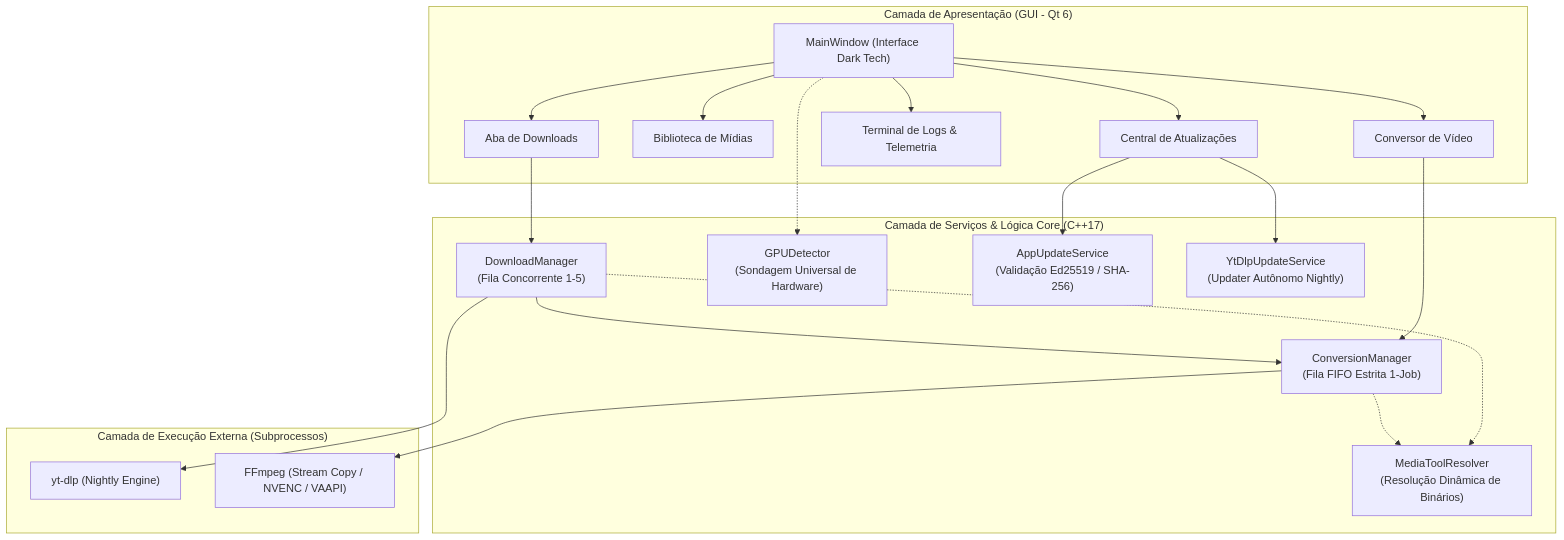
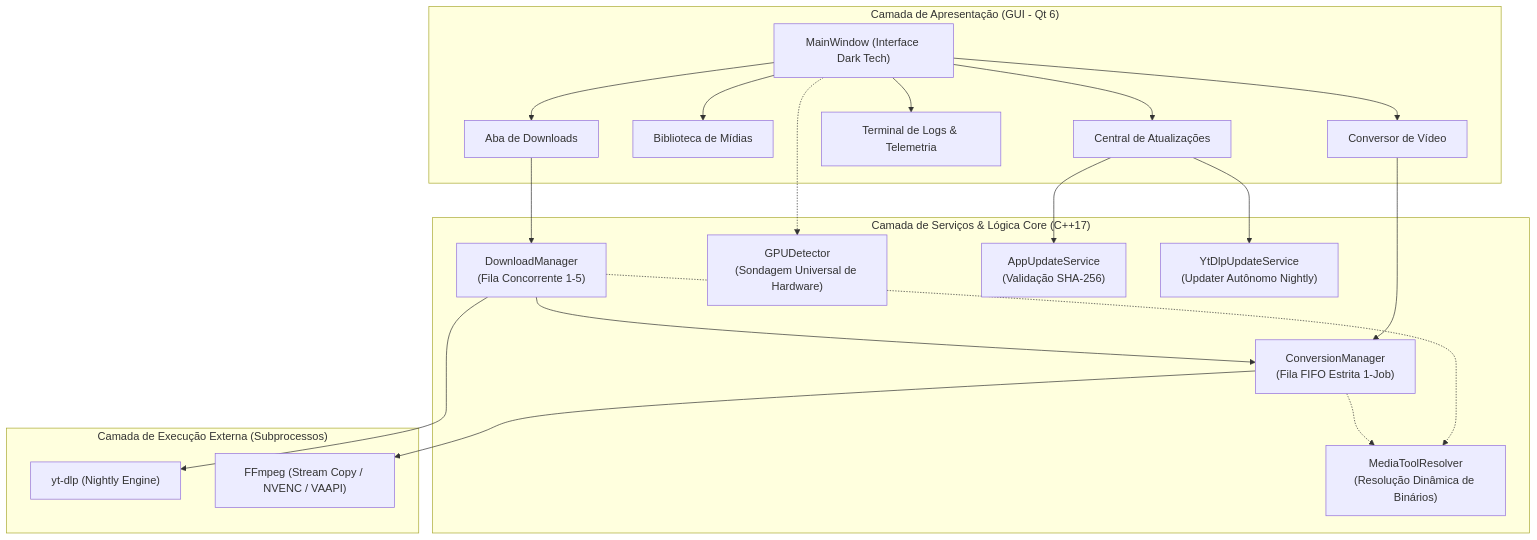
The first of 3 diagrams in docs/pt/ARQUITETURA.md (BadTonho/PrismDownloader), drawn with Mermaid before and after one commit. The commit also changed 26 other files, not shown here.

````diff
--- a/docs/pt/ARQUITETURA.md
+++ b/docs/pt/ARQUITETURA.md
@@ -15,36 +15,36 @@
 ```mermaid
 flowchart TD
     subgraph UI_Layer ["Camada de Apresentação (GUI - Qt 6)"]
         MW["MainWindow (Interface Dark Tech)"]
         DL_Tab["Aba de Downloads"]
         LIB_Tab["Biblioteca de Mídias"]
         CONV_Tab["Conversor de Vídeo"]
         LOG_Tab["Terminal de Logs & Telemetria"]
         UPD_Tab["Central de Atualizações"]
     end
 
     subgraph Core_Services ["Camada de Serviços & Lógica Core (C++17)"]
         DM["DownloadManager\n(Fila Concorrente 1-5)"]
         CM["ConversionManager\n(Fila FIFO Estrita 1-Job)"]
         GD["GPUDetector\n(Sondagem Universal de Hardware)"]
         MTR["MediaToolResolver\n(Resolução Dinâmica de Binários)"]
-        AUS["AppUpdateService\n(Validação Ed25519 / SHA-256)"]
+        AUS["AppUpdateService\n(Validação SHA-256)"]
         YUS["YtDlpUpdateService\n(Updater Autônomo Nightly)"]
     end
 
     subgraph Engine_Layer ["Camada de Execução Externa (Subprocessos)"]
         YTDLP["yt-dlp (Nightly Engine)"]
         FFMPEG["FFmpeg (Stream Copy / NVENC / VAAPI)"]
     end
 
     MW --> DL_Tab & LIB_Tab & CONV_Tab & LOG_Tab & UPD_Tab
     DL_Tab --> DM
     CONV_Tab --> CM
     DM --> CM
     DM --> YTDLP
     CM --> FFMPEG
     DM -.-> MTR
     CM -.-> MTR
     UPD_Tab --> AUS & YUS
     MW -.-> GD
 ```
````
